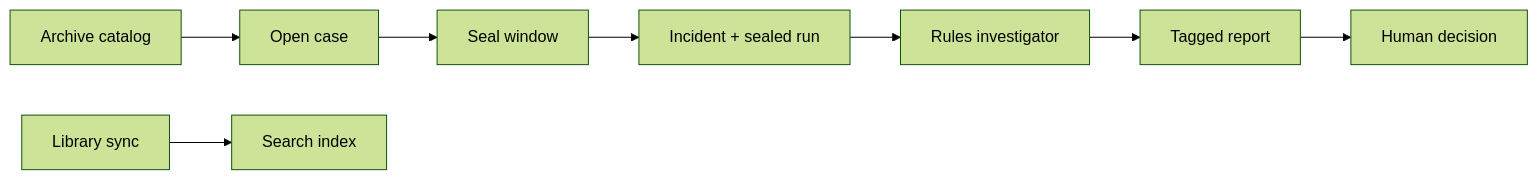
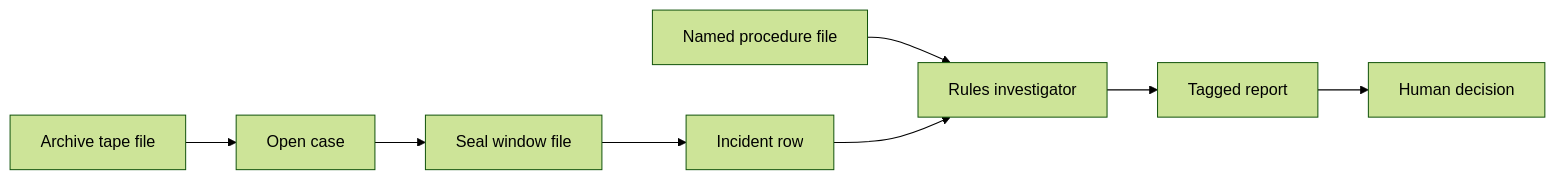
One commit to pchung39/orbit changed the diagram in README.md. Above: the diagram before and after it, drawn with Mermaid (forest theme). The commit also changed other lines of this file and 13 other files, not shown here.

````diff
--- a/README.md
+++ b/README.md
@@ -169,16 +169,15 @@
 ```mermaid
 flowchart LR
-  Archive[Archive catalog]
+  Archive[Archive tape file]
   Open[Open case]
-  Seal[Seal window]
-  Case[Incident + sealed run]
-  LibSync[Library sync]
-  Index[Search index]
+  Seal[Seal window file]
+  Case[Incident row]
+  Proc[Named procedure file]
 
   Archive --> Open
   Open --> Seal --> Case
-  LibSync --> Index
-  Case --> Investigate[Rules investigator]
+  Proc --> Investigate[Rules investigator]
+  Case --> Investigate
   Investigate --> Report[Tagged report]
   Report --> Decision[Human decision]
 ```
````
